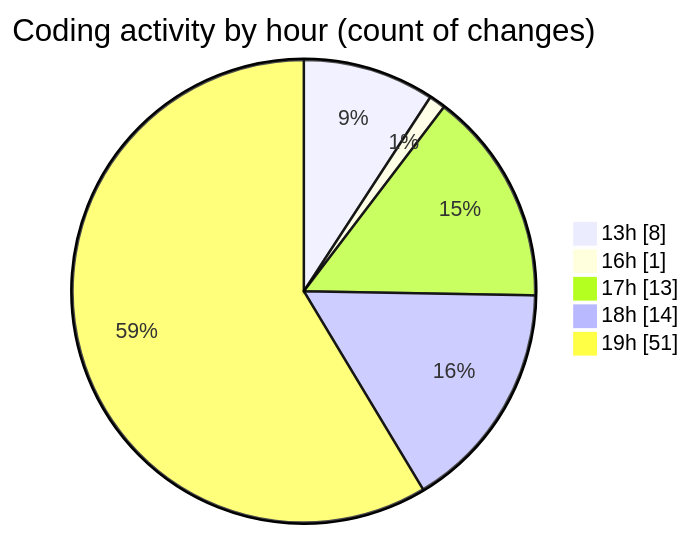
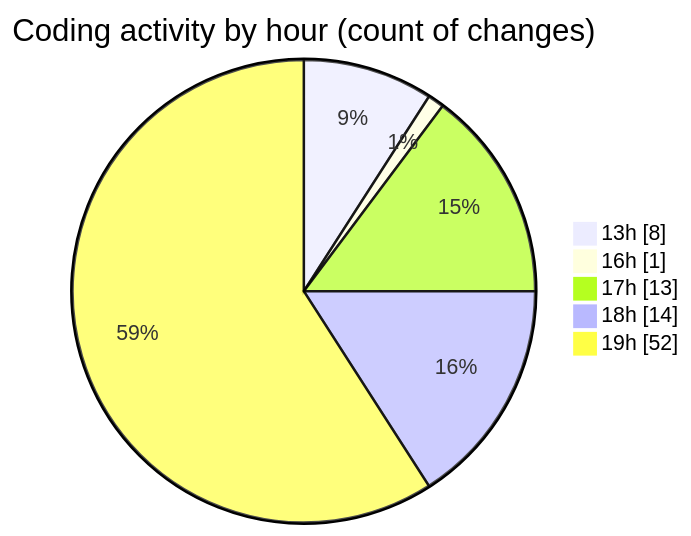
One commit to EIIisD/code-tracking changed the second of 2 diagrams in 2025-08-24/chatgpt-extension/README.md. Above: the diagram before and after it, drawn with Mermaid. The commit also changed other lines of this file and 1 other file, not shown here.

````diff
--- a/2025-08-24/chatgpt-extension/README.md
+++ b/2025-08-24/chatgpt-extension/README.md
@@ -41,9 +41,9 @@
 ```mermaid
 pie showData
 title Coding activity by hour (count of changes)
 "13h" : 8
 "16h" : 1
 "17h" : 13
 "18h" : 14
-"19h" : 51
+"19h" : 52
 ```
````
